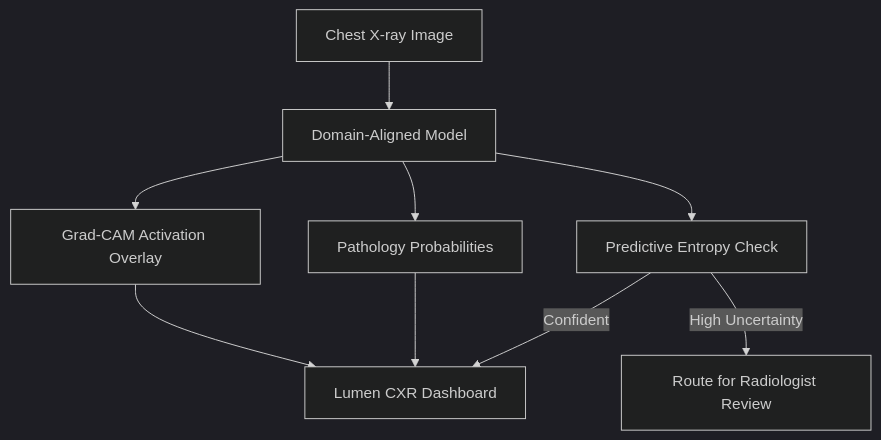
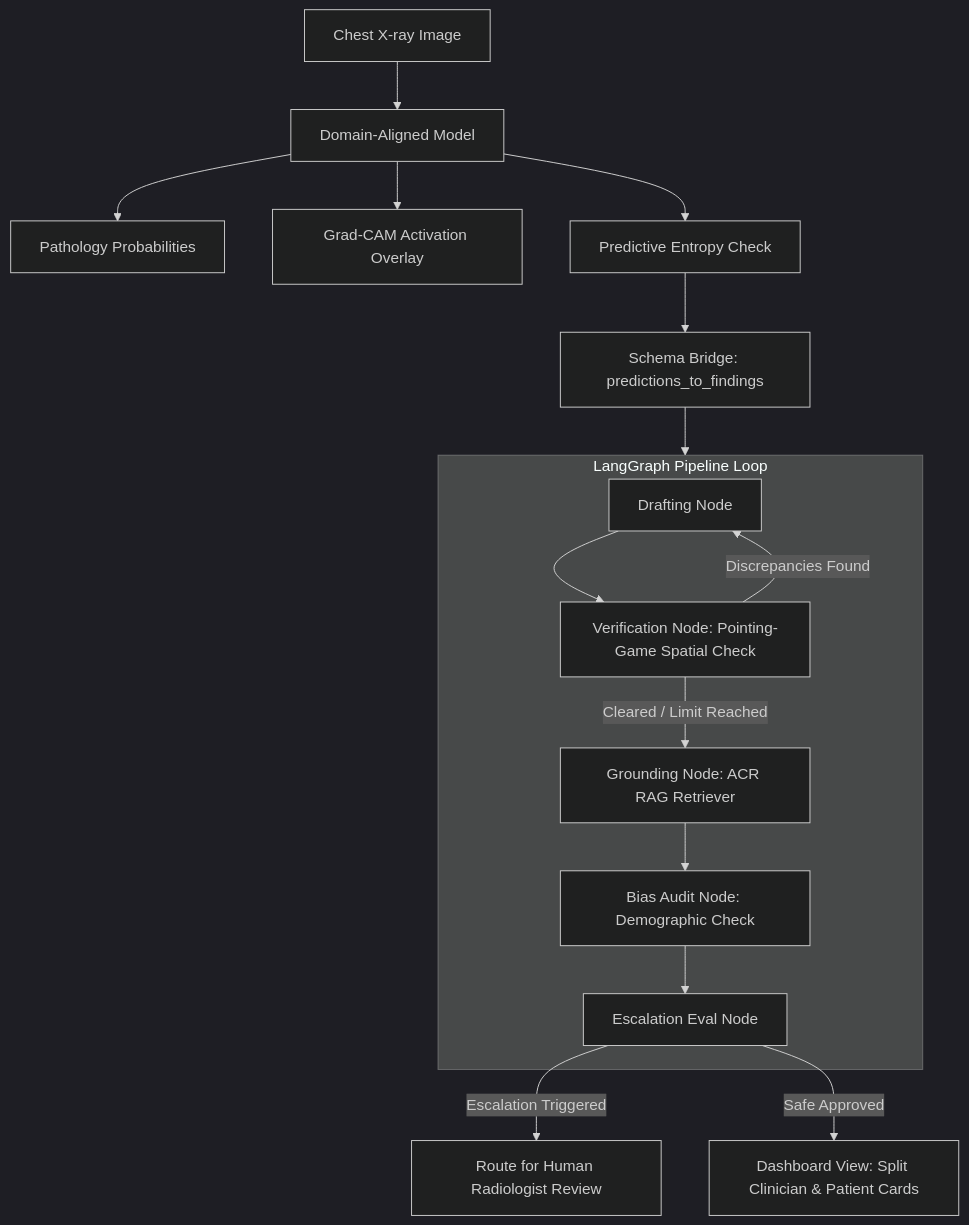
One commit to Sharan-kondi/Domain-Robust-Chest-X-ray-Diagnosis-Pipeline changed the diagram in README.md. Above: the diagram before and after it, drawn with Mermaid (dark theme). The commit also changed other lines of this file and 22 other files, not shown here.

Commit message:
feat: Integrate RadAgent multi-agent clinical co-pilot, spatial checking, ACR RAG grounding, bias routing, and Groq API

````diff
--- a/README.md
+++ b/README.md
@@ -29,14 +26,21 @@
 ```mermaid
 graph TD
     Input[Chest X-ray Image] --> Model[Domain-Aligned Model]
-    
     Model --> Probabilities[Pathology Probabilities]
     Model --> GradCAM[Grad-CAM Activation Overlay]
     Model --> Uncertainty[Predictive Entropy Check]
     
-    Uncertainty -- High Uncertainty --> Review[Route for Radiologist Review]
-    Uncertainty -- Confident --> Dashboard[Lumen CXR Dashboard]
+    Uncertainty --> Schema[Schema Bridge: predictions_to_findings]
+    Schema --> LangGraph[RadAgent State Machine]
     
-    Probabilities --> Dashboard
-    GradCAM --> Dashboard
+    subgraph LangGraph [LangGraph Pipeline Loop]
+        Draft[Drafting Node] --> Verify[Verification Node: Pointing-Game Spatial Check]
+        Verify -- Discrepancies Found --> Draft
+        Verify -- Cleared / Limit Reached --> Ground[Grounding Node: ACR RAG Retriever]
+        Ground --> Bias[Bias Audit Node: Demographic Check]
+        Bias --> Escalate[Escalation Eval Node]
+    end
+    
+    Escalate -- Escalation Triggered --> Review[Route for Human Radiologist Review]
+    Escalate -- Safe Approved --> UI[Dashboard View: Split Clinician & Patient Cards]
 ```
````
